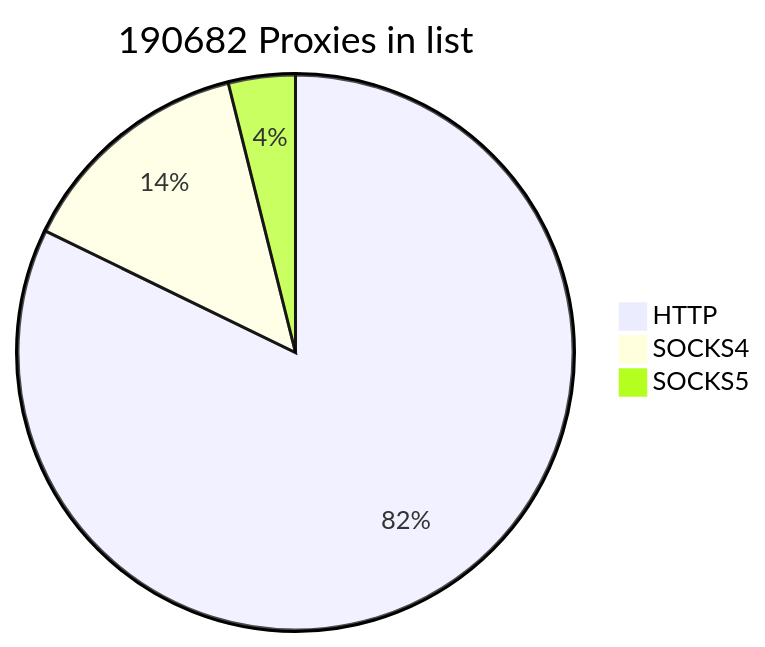
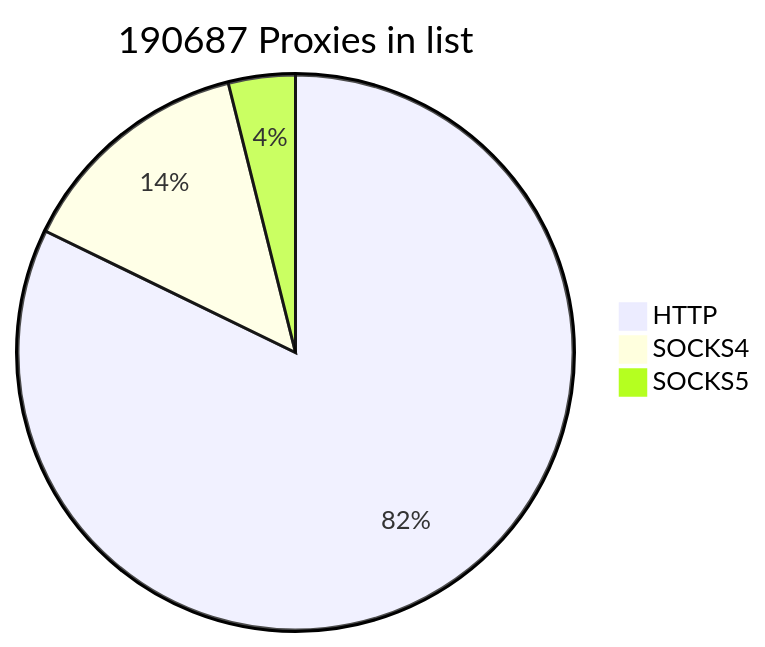
One commit to cutipu/proxylist changed the first of 2 diagrams in README.md. Above: the diagram before and after it, drawn with Mermaid. The commit also changed other lines of this file, not shown here.

````diff
--- a/README.md
+++ b/README.md
@@ -2,7 +2,7 @@
 ```mermaid
-pie title 190682 Proxies in list
-    "HTTP" : 156739
-    "SOCKS4" : 26523
-    "SOCKS5" : 7420
+pie title 190687 Proxies in list
+    "HTTP" : 156740
+    "SOCKS4" : 26525
+    "SOCKS5" : 7422
             
 ```
````
